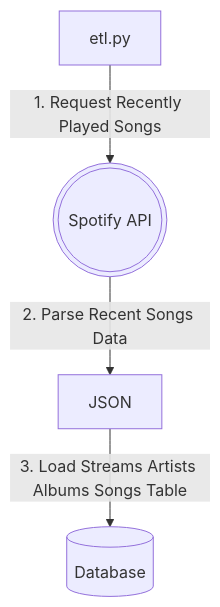
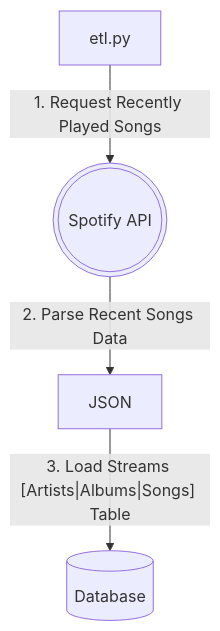
One commit to suzaram3/SpotifyHistory changed the second of 3 diagrams in README.md. Above: the diagram before and after it, drawn with Mermaid. The commit also changed other lines of this file, not shown here.

````diff
--- a/README.md
+++ b/README.md
@@ -67,12 +64,7 @@
 ```mermaid
 flowchart TD;
     id1[etl.py] -- 1. Request Recently Played Songs -->
-
     id2(((Spotify API)))
-
-    id2 --2. Parse Recent Songs Data --> id3[JSON] -- 3. Load Streams Artists Albums Songs Table -->
-
+    id2 --2. Parse Recent Songs Data --> id3[JSON] -- "3. Load Streams [Artists|Albums|Songs] Table" -->
     id4[(Database)]
-
-
 ```
````
